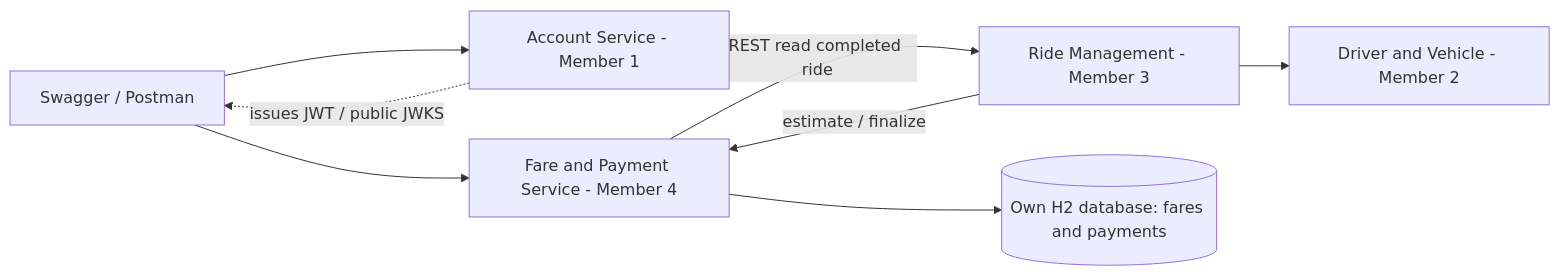
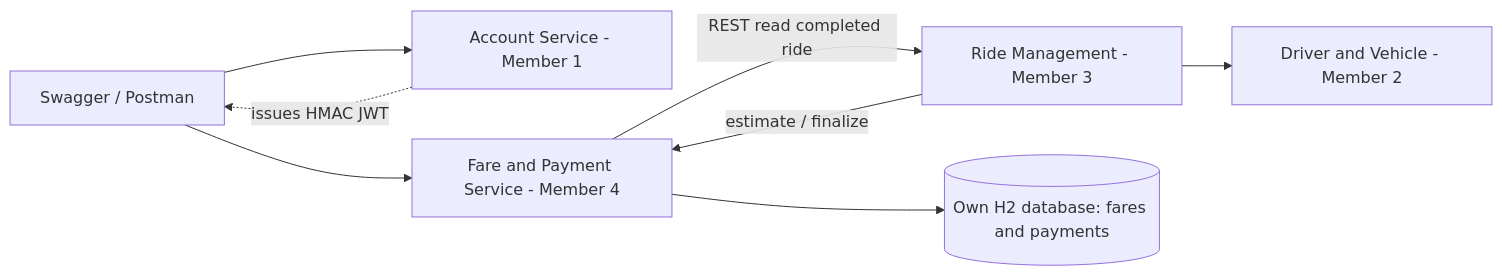
One commit to Hhash18/IT3130-RideLink changed the first of 2 diagrams in fare-payment-service/docs/DESIGN.md. Above: the diagram before and after it, drawn with Mermaid. The commit also changed other lines of this file and 10 other files, not shown here.

Commit message:
fix(fare-payment): align JWT verification with Account service

````diff
--- a/fare-payment-service/docs/DESIGN.md
+++ b/fare-payment-service/docs/DESIGN.md
@@ -5,10 +5,10 @@
 ```mermaid
 flowchart LR
     Client[Swagger / Postman] --> Account[Account Service - Member 1]
-    Account -. issues JWT / public JWKS .-> Client
+    Account -. issues HMAC JWT .-> Client
     Client --> Fare[Fare and Payment Service - Member 4]
     Ride[Ride Management - Member 3] -->|estimate / finalize| Fare
     Fare -->|REST read completed ride| Ride
     Fare --> DB[(Own H2 database: fares and payments)]
     Ride --> Driver[Driver and Vehicle - Member 2]
 ```
````
